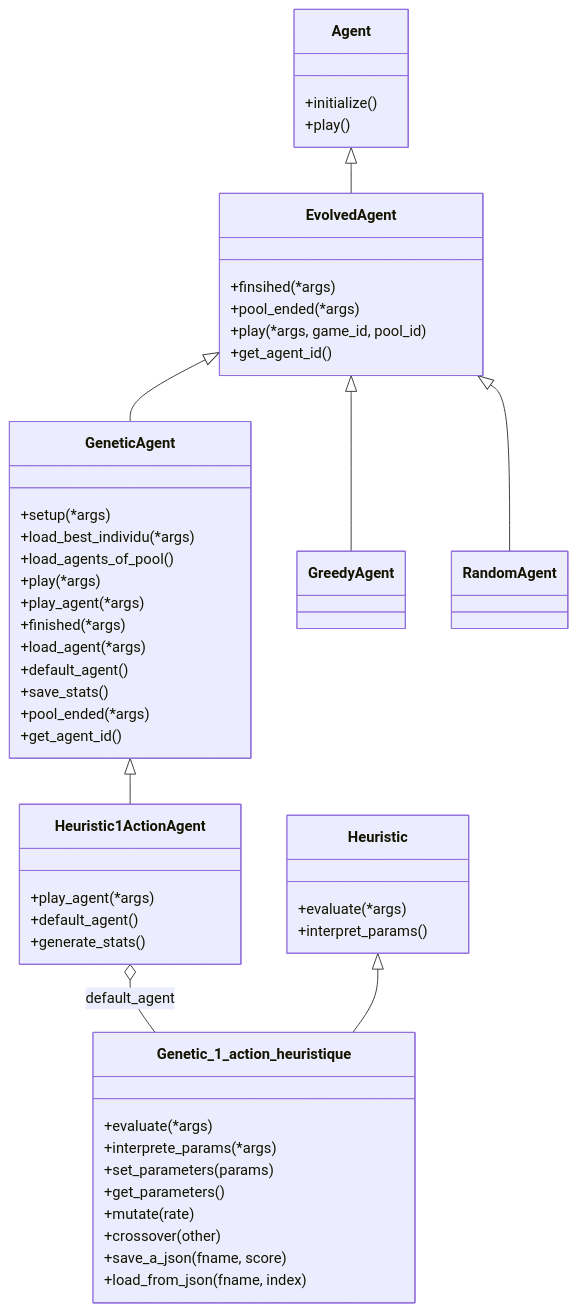
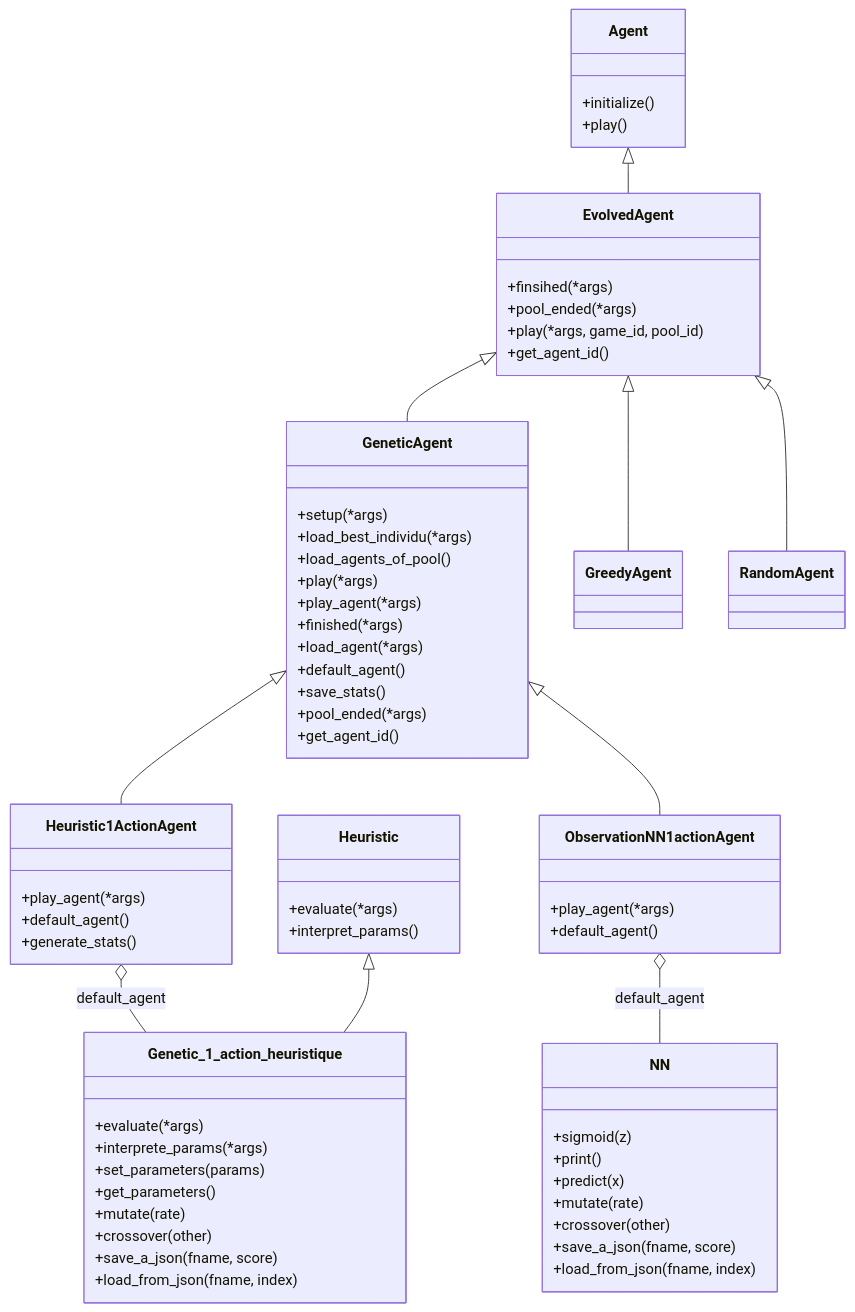
One commit to StephaneBranly/INF8215-Avalam-AI changed the diagram in README.md. Above: the diagram before and after it, drawn with Mermaid. The commit also changed 1 other file, not shown here.

Commit message:
[+] Add NN in class diagram

````diff
--- a/README.md
+++ b/README.md
@@ -8,53 +8,68 @@
 ```mermaid
 classDiagram
     Agent <|-- EvolvedAgent
     EvolvedAgent <|-- GeneticAgent
     EvolvedAgent <|-- GreedyAgent
     EvolvedAgent <|-- RandomAgent
     GeneticAgent <|-- Heuristic1ActionAgent
     Heuristic1ActionAgent o-- Genetic_1_action_heuristique : default_agent
+    GeneticAgent <|-- ObservationNN1actionAgent
+    ObservationNN1actionAgent o-- NN : default_agent
     Heuristic <|-- Genetic_1_action_heuristique
     class Agent{
       +initialize()
       +play()
     }
     class EvolvedAgent{
       +finsihed(*args)
       +pool_ended(*args)
       +play(*args, game_id, pool_id)
       +get_agent_id()
     }
     class GeneticAgent{
       +setup(*args)
       +load_best_individu(*args)
       +load_agents_of_pool()
       +play(*args)
       +play_agent(*args)
       +finished(*args)
       +load_agent(*args)
       +default_agent()
       +save_stats()
       +pool_ended(*args)
       +get_agent_id()
     }
     class Heuristic1ActionAgent {
         +play_agent(*args)
         +default_agent()
         +generate_stats()
     }
     class Genetic_1_action_heuristique{
         +evaluate(*args)
         +interprete_params(*args)
         +set_parameters(params)
         +get_parameters()
         +mutate(rate)
         +crossover(other)
         +save_a_json(fname, score)
         +load_from_json(fname, index)
     }
     class Heuristic{
         +evaluate(*args)
         +interpret_params()
     }
+    class ObservationNN1actionAgent{
+        +play_agent(*args)
+        +default_agent()
+    }
+    class NN {
+        +sigmoid(z)
+        +print()
+        +predict(x)
+        +mutate(rate)
+        +crossover(other)
+        +save_a_json(fname, score)
+        +load_from_json(fname, index)
+    }
             
 ```
````
